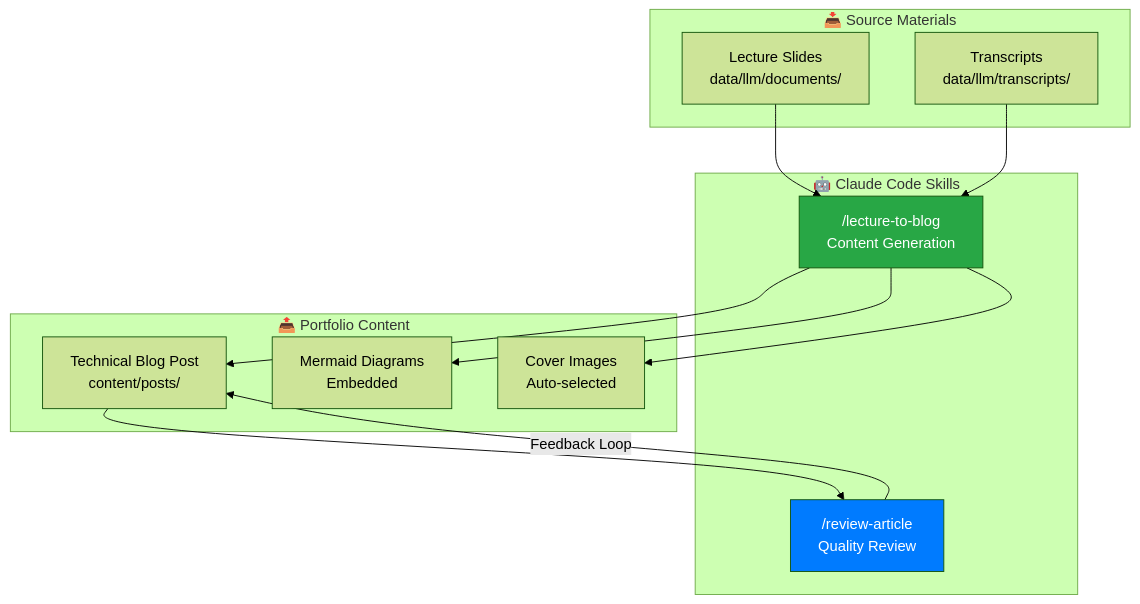
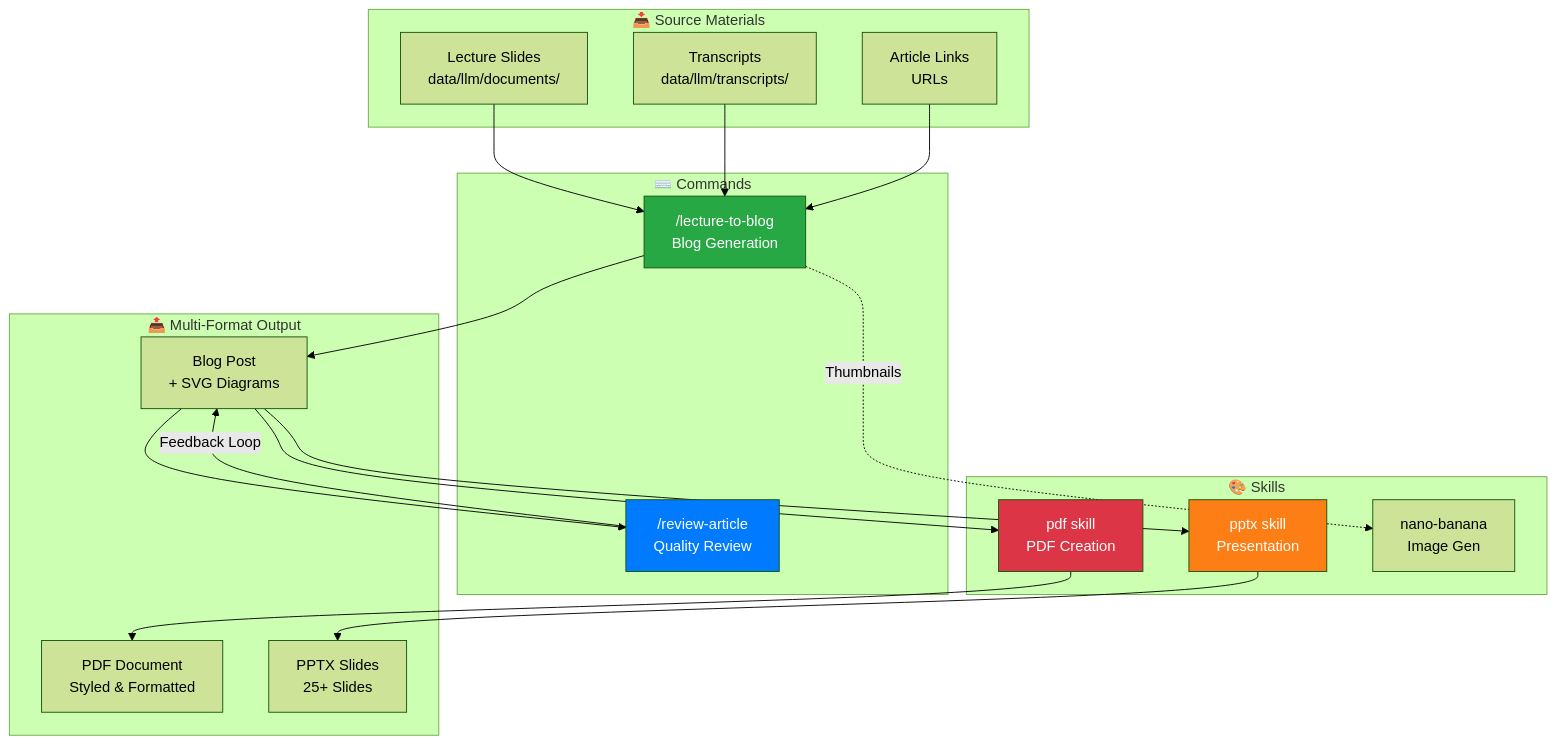
The first of 3 diagrams in content/projects/ai-powered-portfolio-claude-code.md (nitishkmr005/nitishkmr005.github.io), drawn with Mermaid (forest theme) before and after one commit. The commit also changed other lines of this file, not shown here.

First line of the commit message:
📝 docs(portfolio): enhance project article with skills and PDF/PPTX workflow

````diff
--- a/content/projects/ai-powered-portfolio-claude-code.md
+++ b/content/projects/ai-powered-portfolio-claude-code.md
@@ -37,29 +41,42 @@
 ```mermaid
 flowchart TB
     subgraph Input["📥 Source Materials"]
         A[Lecture Slides<br/>data/llm/documents/]
         B[Transcripts<br/>data/llm/transcripts/]
+        C[Article Links<br/>URLs]
     end
 
-    subgraph Skills["🤖 Claude Code Skills"]
-        C["/lecture-to-blog<br/>Content Generation"]
-        D["/review-article<br/>Quality Review"]
+    subgraph Commands["⌨️ Commands"]
+        D["/lecture-to-blog<br/>Blog Generation"]
+        E["/review-article<br/>Quality Review"]
     end
 
-    subgraph Output["📤 Portfolio Content"]
-        E[Technical Blog Post<br/>content/posts/]
-        F[Mermaid Diagrams<br/>Embedded]
-        G[Cover Images<br/>Auto-selected]
+    subgraph Skills["🎨 Skills"]
+        F["pdf skill<br/>PDF Creation"]
+        G["pptx skill<br/>Presentation"]
+        H["nano-banana<br/>Image Gen"]
     end
 
-    A --> C
-    B --> C
-    C --> E
-    C --> F
-    C --> G
-    E --> D
-    D -->|"Feedback Loop"| E
+    subgraph Output["📤 Multi-Format Output"]
+        I[Blog Post<br/>+ SVG Diagrams]
+        J[PDF Document<br/>Styled & Formatted]
+        K[PPTX Slides<br/>25+ Slides]
+    end
 
-    style C fill:#28a745,color:#fff
-    style D fill:#007bff,color:#fff
+    A --> D
+    B --> D
+    C --> D
+    D --> I
+    I --> E
+    E -->|"Feedback Loop"| I
+    I --> F
+    I --> G
+    F --> J
+    G --> K
+    D -.->|"Thumbnails"| H
+
+    style D fill:#28a745,color:#fff
+    style E fill:#007bff,color:#fff
+    style F fill:#dc3545,color:#fff
+    style G fill:#fd7e14,color:#fff
 ```
````
